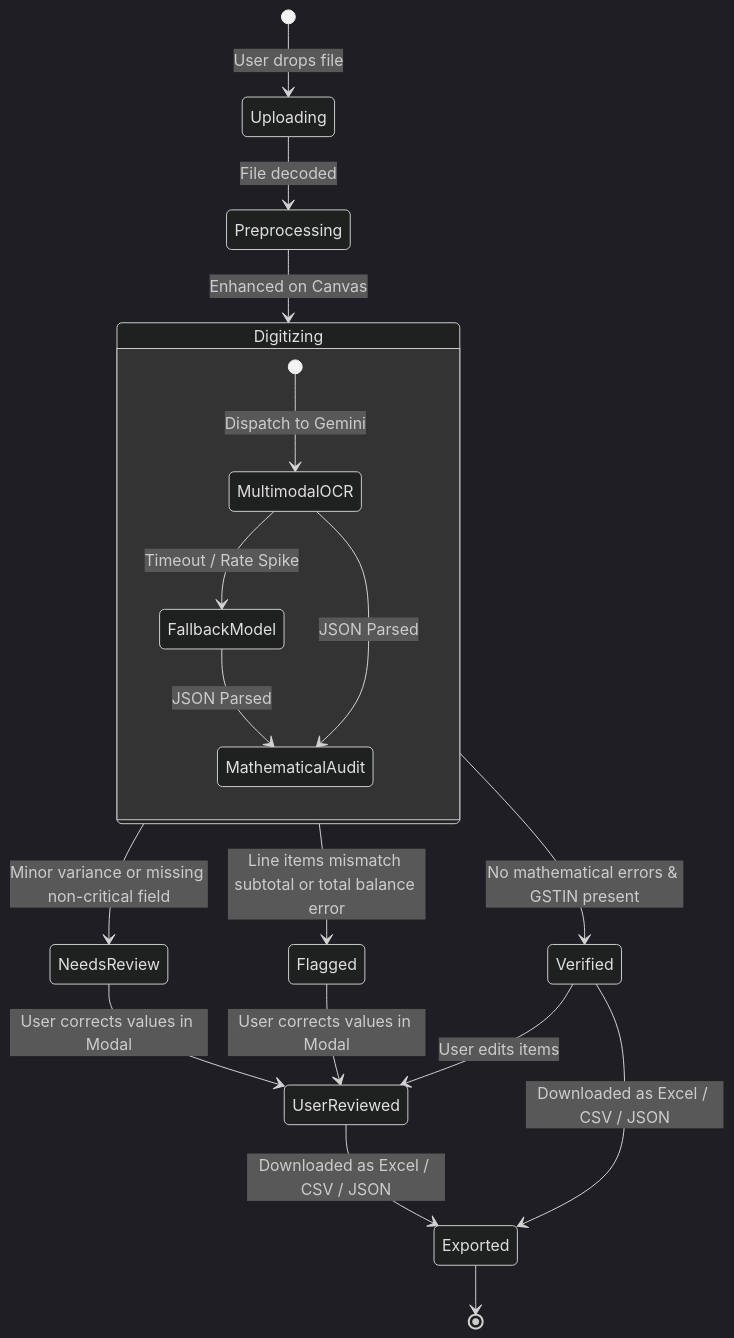
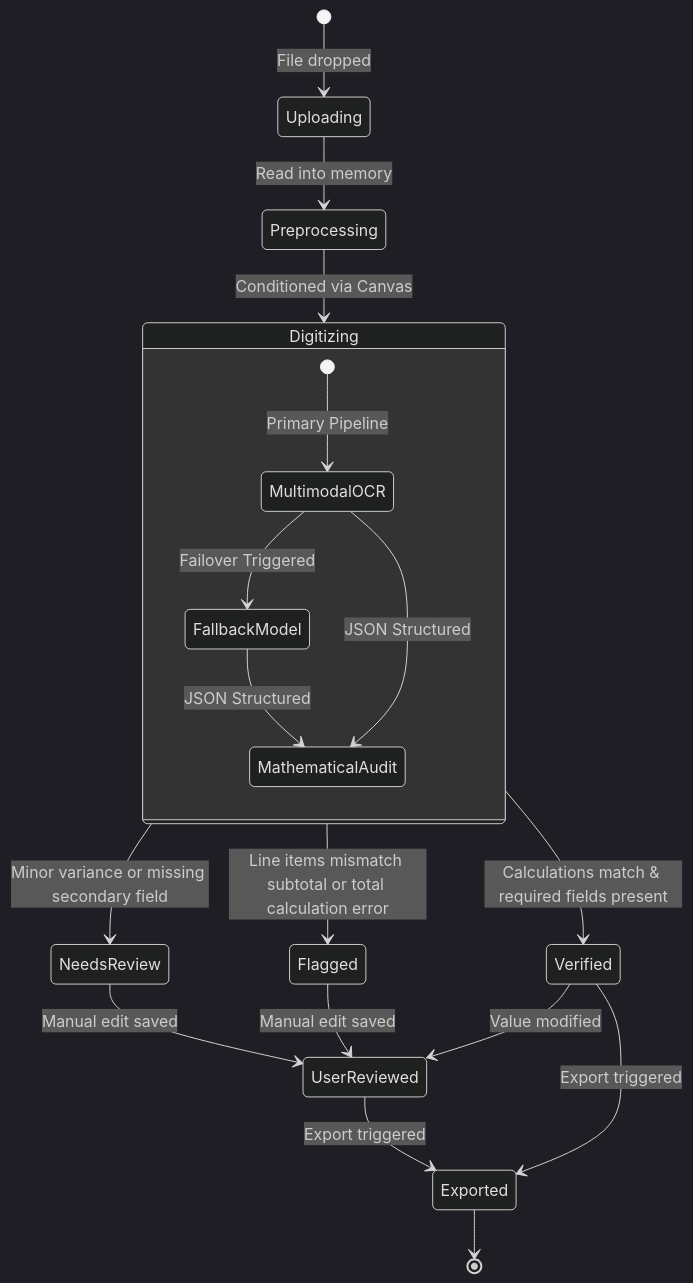
One commit to HP-Hari/Automated-Document-Digitiser changed the fifth of 5 diagrams in README.md. Above: the diagram before and after it, drawn with Mermaid (dark theme). The commit also changed other lines of this file, not shown here.

````diff
--- a/README.md
+++ b/README.md
@@ -235,25 +285,25 @@
 ```mermaid
 stateDiagram-v2
-    [*] --> Uploading: User drops file
-    Uploading --> Preprocessing: File decoded
-    Preprocessing --> Digitizing: Enhanced on Canvas
+    [*] --> Uploading: File dropped
+    Uploading --> Preprocessing: Read into memory
+    Preprocessing --> Digitizing: Conditioned via Canvas
     
     state Digitizing {
-        [*] --> MultimodalOCR: Dispatch to Gemini
-        MultimodalOCR --> FallbackModel: Timeout / Rate Spike
-        FallbackModel --> MathematicalAudit: JSON Parsed
-        MultimodalOCR --> MathematicalAudit: JSON Parsed
+        [*] --> MultimodalOCR: Primary Pipeline
+        MultimodalOCR --> FallbackModel: Failover Triggered
+        FallbackModel --> MathematicalAudit: JSON Structured
+        MultimodalOCR --> MathematicalAudit: JSON Structured
     }
 
-    Digitizing --> Verified: No mathematical errors & GSTIN present
-    Digitizing --> NeedsReview: Minor variance or missing non-critical field
-    Digitizing --> Flagged: Line items mismatch subtotal or total balance error
+    Digitizing --> Verified: Calculations match & required fields present
+    Digitizing --> NeedsReview: Minor variance or missing secondary field
+    Digitizing --> Flagged: Line items mismatch subtotal or total calculation error
 
-    NeedsReview --> UserReviewed: User corrects values in Modal
-    Flagged --> UserReviewed: User corrects values in Modal
-    Verified --> UserReviewed: User edits items
+    NeedsReview --> UserReviewed: Manual edit saved
+    Flagged --> UserReviewed: Manual edit saved
+    Verified --> UserReviewed: Value modified
     
-    UserReviewed --> Exported: Downloaded as Excel / CSV / JSON
-    Verified --> Exported: Downloaded as Excel / CSV / JSON
+    UserReviewed --> Exported: Export triggered
+    Verified --> Exported: Export triggered
     Exported --> [*]
 ```
````
